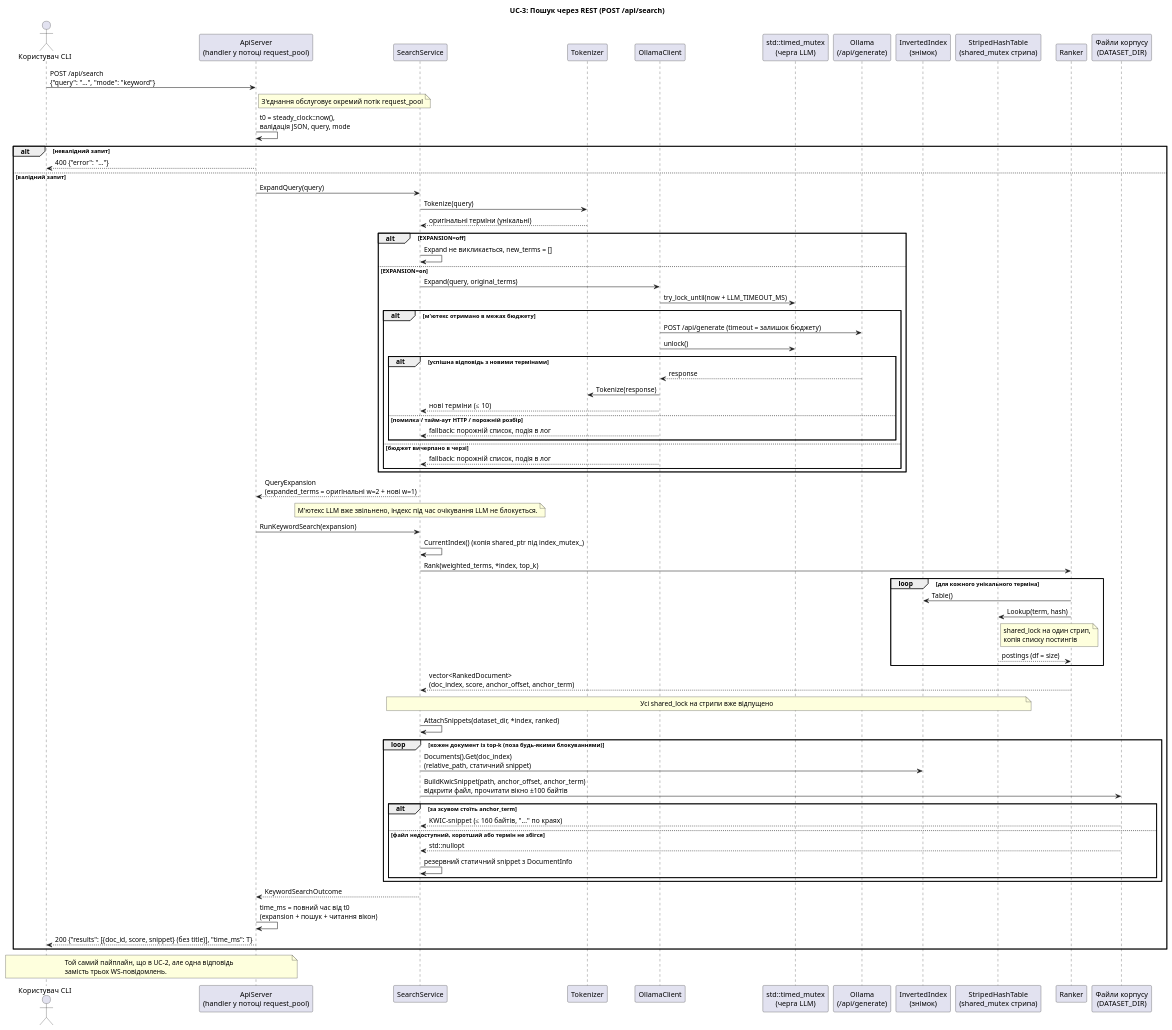
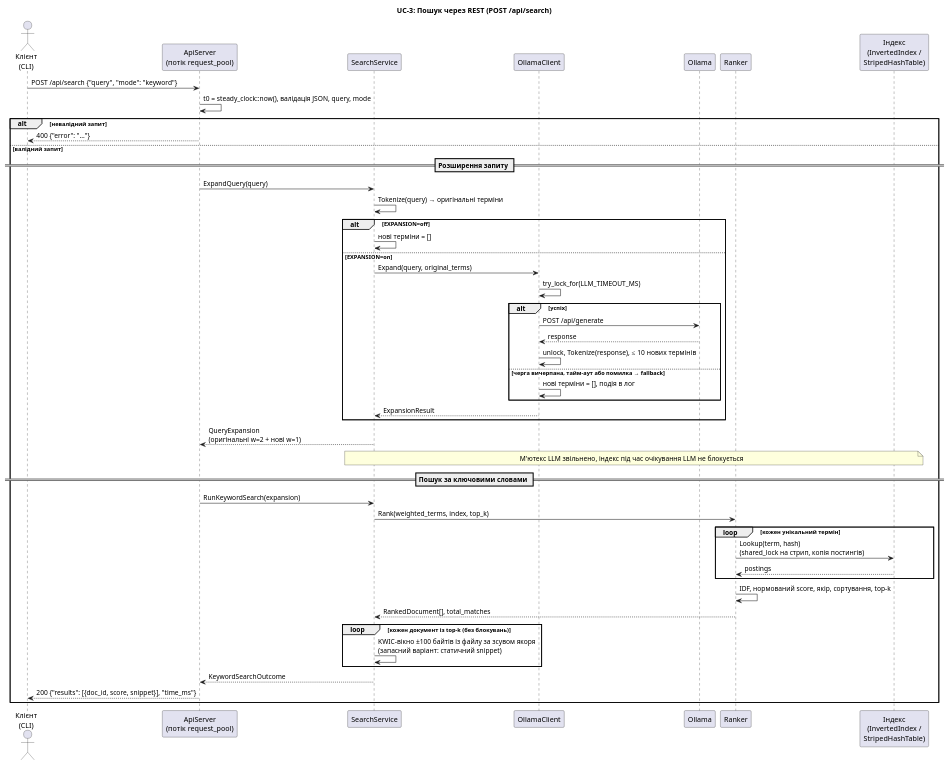
The diagram in docs/uml/sequence_uc3_rest_search.puml (DariaMelnyk0206/course_work_parallel_computing), drawn with PlantUML before and after one commit. The commit also changed 14 other files, not shown here.

Commit message:
docs(uml): simplify diagrams and split class diagram

```diff
--- a/docs/uml/sequence_uc3_rest_search.puml
+++ b/docs/uml/sequence_uc3_rest_search.puml
@@ -1,79 +1,52 @@
 @startuml sequence_uc3_rest_search
 title UC-3: Пошук через REST (POST /api/search)
+skinparam shadowing false
 skinparam responseMessageBelowArrow true
-actor "Користувач CLI" as Cli
-participant "ApiServer\n(handler у потоці request_pool)" as Api
-participant "SearchService" as Svc
-participant "Tokenizer" as Tok
-participant "OllamaClient" as Ollama
-participant "std::timed_mutex\n(черга LLM)" as Mtx
-participant "Ollama\n(/api/generate)" as Llm
-participant "InvertedIndex\n(знімок)" as Idx
-participant "StripedHashTable\n(shared_mutex стрипа)" as Tbl
-participant "Ranker" as Rank
-participant "Файли корпусу\n(DATASET_DIR)" as Fs
-Cli -> Api : POST /api/search\n{"query": "...", "mode": "keyword"}
-note right of Api
-  З'єднання обслуговує окремий потік request_pool
-end note
-Api -> Api : t0 = steady_clock::now(),\nвалідація JSON, query, mode
+actor "Клієнт\n(CLI)" as Cli
+participant "ApiServer\n(потік request_pool)" as Api
+participant SearchService as Svc
+participant OllamaClient as Oc
+participant "Ollama" as Llm
+participant Ranker as Rank
+participant "Індекс\n(InvertedIndex /\nStripedHashTable)" as Idx
+
+Cli -> Api : POST /api/search {"query", "mode": "keyword"}
+Api -> Api : t0 = steady_clock::now(), валідація JSON, query, mode
 alt невалідний запит
   Api --> Cli : 400 {"error": "..."}
 else валідний запит
+  == Розширення запиту ==
   Api -> Svc : ExpandQuery(query)
-  Svc -> Tok : Tokenize(query)
-  Tok --> Svc : оригінальні терміни (унікальні)
+  Svc -> Svc : Tokenize(query) → оригінальні терміни
   alt EXPANSION=off
-    Svc -> Svc : Expand не викликається, new_terms = []
+    Svc -> Svc : нові терміни = []
   else EXPANSION=on
-    Svc -> Ollama : Expand(query, original_terms)
-    Ollama -> Mtx : try_lock_until(now + LLM_TIMEOUT_MS)
-    alt м'ютекс отримано в межах бюджету
-      Ollama -> Llm : POST /api/generate (timeout = залишок бюджету)
-      Ollama -> Mtx : unlock()
-      alt успішна відповідь з новими термінами
-        Llm --> Ollama : response
-        Ollama -> Tok : Tokenize(response)
-        Ollama --> Svc : нові терміни (≤ 10)
-      else помилка / тайм-аут HTTP / порожній розбір
-        Ollama --> Svc : fallback: порожній список, подія в лог
-      end
-    else бюджет вичерпано в черзі
-      Ollama --> Svc : fallback: порожній список, подія в лог
+    Svc -> Oc : Expand(query, original_terms)
+    Oc -> Oc : try_lock_for(LLM_TIMEOUT_MS)
+    alt успіх
+      Oc -> Llm : POST /api/generate
+      Llm --> Oc : response
+      Oc -> Oc : unlock, Tokenize(response), ≤ 10 нових термінів
+    else черга вичерпана, тайм-аут або помилка → fallback
+      Oc -> Oc : нові терміни = [], подія в лог
     end
+    Oc --> Svc : ExpansionResult
   end
-  Svc --> Api : QueryExpansion\n(expanded_terms = оригінальні w=2 + нові w=1)
-  note over Svc
-    М'ютекс LLM вже звільнено, індекс під час очікування LLM не блокується.
-  end note
+  Svc --> Api : QueryExpansion\n(оригінальні w=2 + нові w=1)
+  note over Svc, Idx : М'ютекс LLM звільнено, індекс під час очікування LLM не блокується
+  == Пошук за ключовими словами ==
   Api -> Svc : RunKeywordSearch(expansion)
-  Svc -> Svc : CurrentIndex() (копія shared_ptr під index_mutex_)
-  Svc -> Rank : Rank(weighted_terms, *index, top_k)
-  loop для кожного унікального терміна
-    Rank -> Idx : Table()
-    Rank -> Tbl : Lookup(term, hash)
-    note right of Tbl : shared_lock на один стрип,\nкопія списку постингів
-    Tbl --> Rank : postings (df = size)
+  Svc -> Rank : Rank(weighted_terms, index, top_k)
+  loop кожен унікальний термін
+    Rank -> Idx : Lookup(term, hash)\n(shared_lock на стрип, копія постингів)
+    Idx --> Rank : postings
   end
-  Rank --> Svc : vector<RankedDocument>\n(doc_index, score, anchor_offset, anchor_term)
-  note over Svc, Tbl : Усі shared_lock на стрипи вже відпущено
-  Svc -> Svc : AttachSnippets(dataset_dir, *index, ranked)
-  loop кожен документ із top-k (поза будь-якими блокуваннями)
-    Svc -> Idx : Documents().Get(doc_index)\n(relative_path, статичний snippet)
-    Svc -> Fs : BuildKwicSnippet(path, anchor_offset, anchor_term)\nвідкрити файл, прочитати вікно ±100 байтів
-    alt за зсувом стоїть anchor_term
-      Fs --> Svc : KWIC-snippet (≤ 160 байтів, "..." по краях)
-    else файл недоступний, коротший або термін не збігся
-      Fs --> Svc : std::nullopt
-      Svc -> Svc : резервний статичний snippet з DocumentInfo
-    end
+  Rank -> Rank : IDF, нормований score, якір, сортування, top-k
+  Rank --> Svc : RankedDocument[], total_matches
+  loop кожен документ із top-k (без блокувань)
+    Svc -> Svc : KWIC-вікно ±100 байтів із файлу за зсувом якоря\n(запасний варіант: статичний snippet)
   end
   Svc --> Api : KeywordSearchOutcome
-  Api -> Api : time_ms = повний час від t0\n(expansion + пошук + читання вікон)
-  Api --> Cli : 200 {"results": [{doc_id, score, snippet} (без title)], "time_ms": T}
+  Api --> Cli : 200 {"results": [{doc_id, score, snippet}], "time_ms"}
 end
-note over Cli, Api
-  Той самий пайплайн, що в UC-2, але одна відповідь
-  замість трьох WS-повідомлень.
-end note
 @enduml
```
